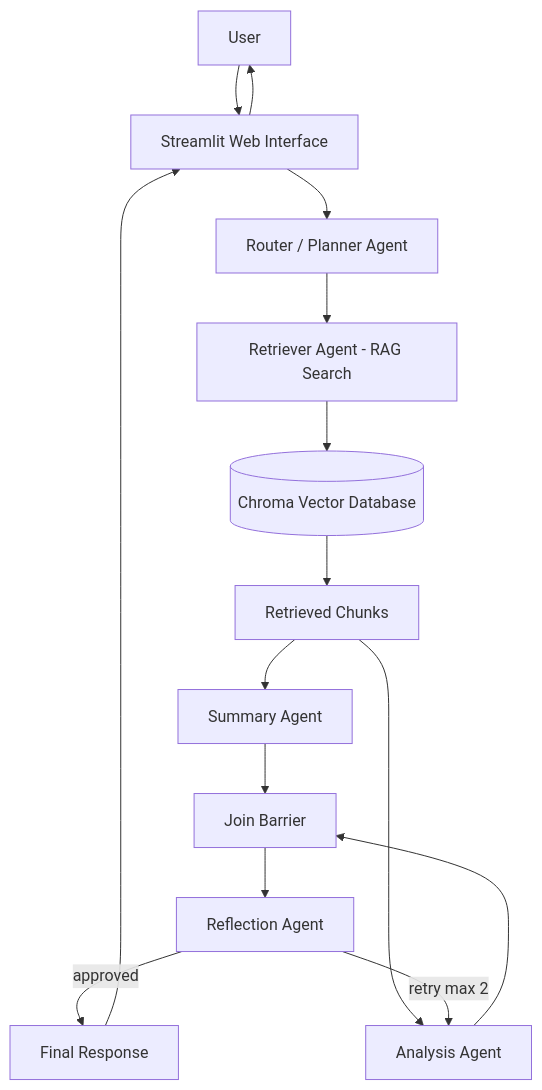
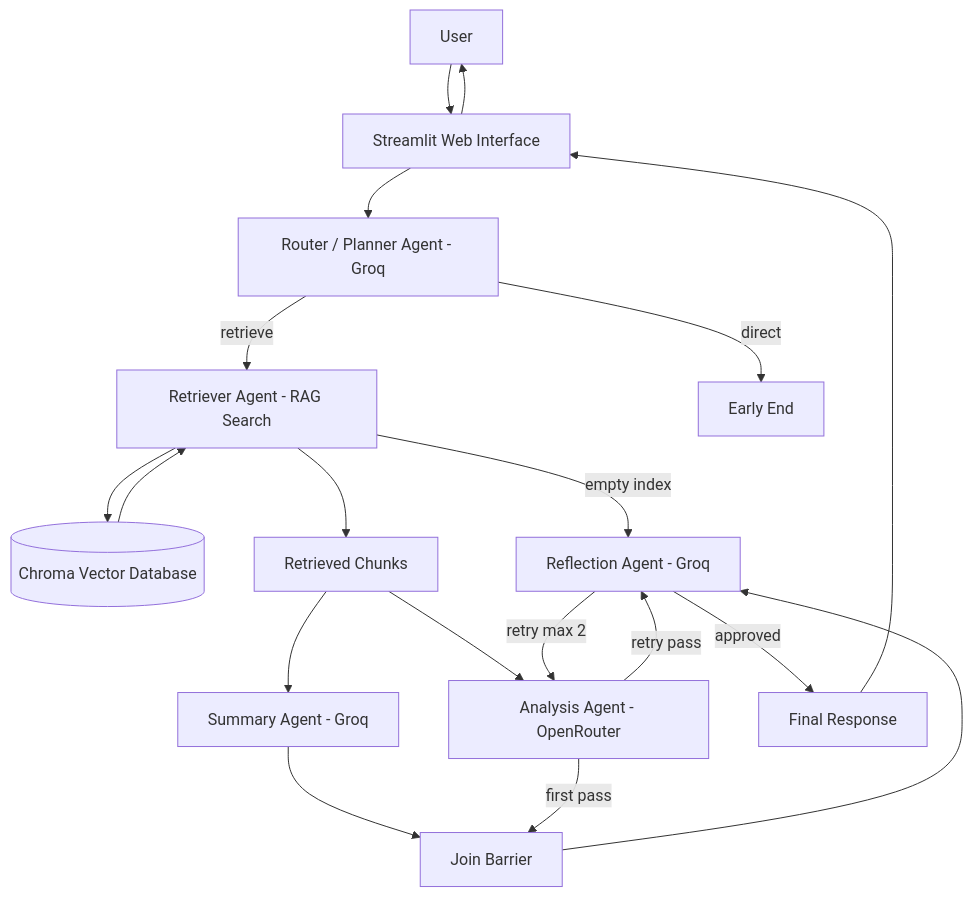
The diagram in diagrams/system_architecture.mmd (NethminaSeeman/SatorIQ), drawn with Mermaid before and after one commit.

Commit message:
docs: finalize architecture diagram and confirm local docs removed from repo
- Add router direct exit, empty-index shortcut, and retry bypass to diagram
- docs/architecture.md, deployment.md, viva-guide.md remain local-only via .gitignore

```diff
--- a/diagrams/system_architecture.mmd
+++ b/diagrams/system_architecture.mmd
@@ -1,27 +1,32 @@
 flowchart TD
     user[User]
     streamlit[Streamlit Web Interface]
-    router[Router / Planner Agent]
+    router[Router / Planner Agent - Groq]
     retriever[Retriever Agent - RAG Search]
     chromadb[(Chroma Vector Database)]
     chunks[Retrieved Chunks]
-    summary[Summary Agent]
-    analysis[Analysis Agent]
+    summary[Summary Agent - Groq]
+    analysis[Analysis Agent - OpenRouter]
     join[Join Barrier]
-    reflection[Reflection Agent]
+    reflection[Reflection Agent - Groq]
     response[Final Response]
+    earlyEnd[Early End]
 
     user --> streamlit
     streamlit --> router
-    router --> retriever
+    router -->|direct| earlyEnd
+    router -->|retrieve| retriever
     retriever --> chromadb
-    chromadb --> chunks
+    chromadb --> retriever
+    retriever -->|empty index| reflection
+    retriever --> chunks
     chunks --> summary
     chunks --> analysis
     summary --> join
-    analysis --> join
+    analysis -->|first pass| join
     join --> reflection
+    analysis -->|retry pass| reflection
     reflection -->|approved| response
-    reflection -->|"retry max 2"| analysis
+    reflection -->|retry max 2| analysis
     response --> streamlit
     streamlit --> user
```
